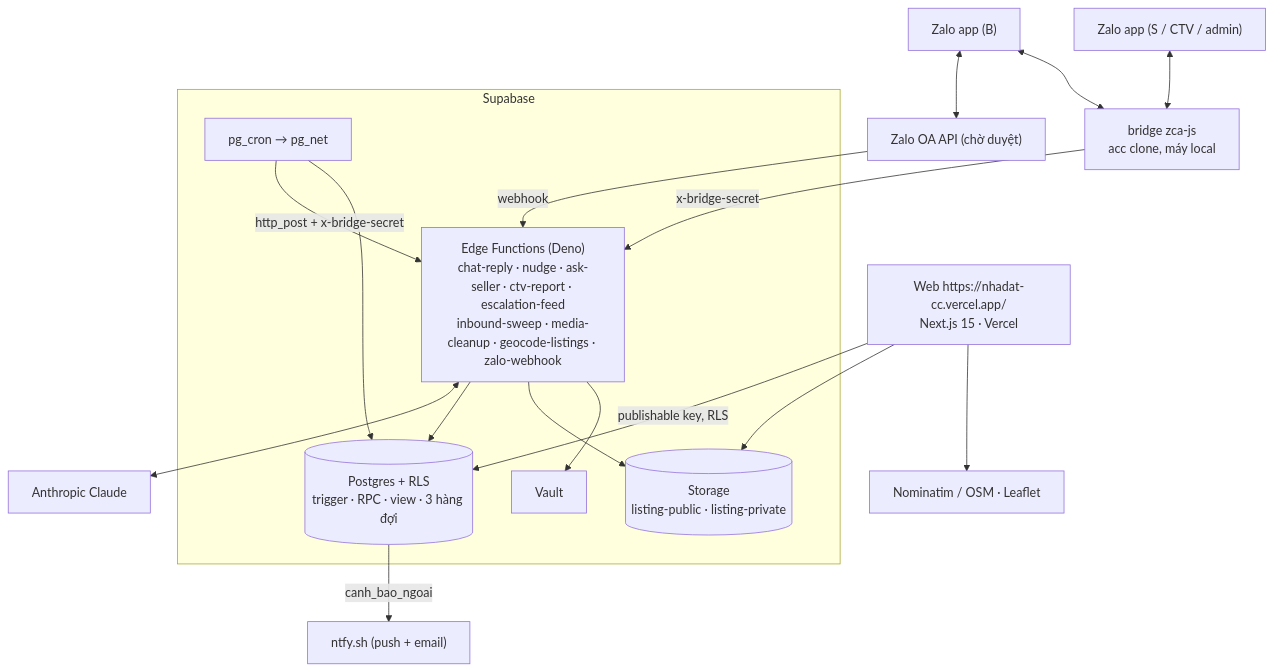
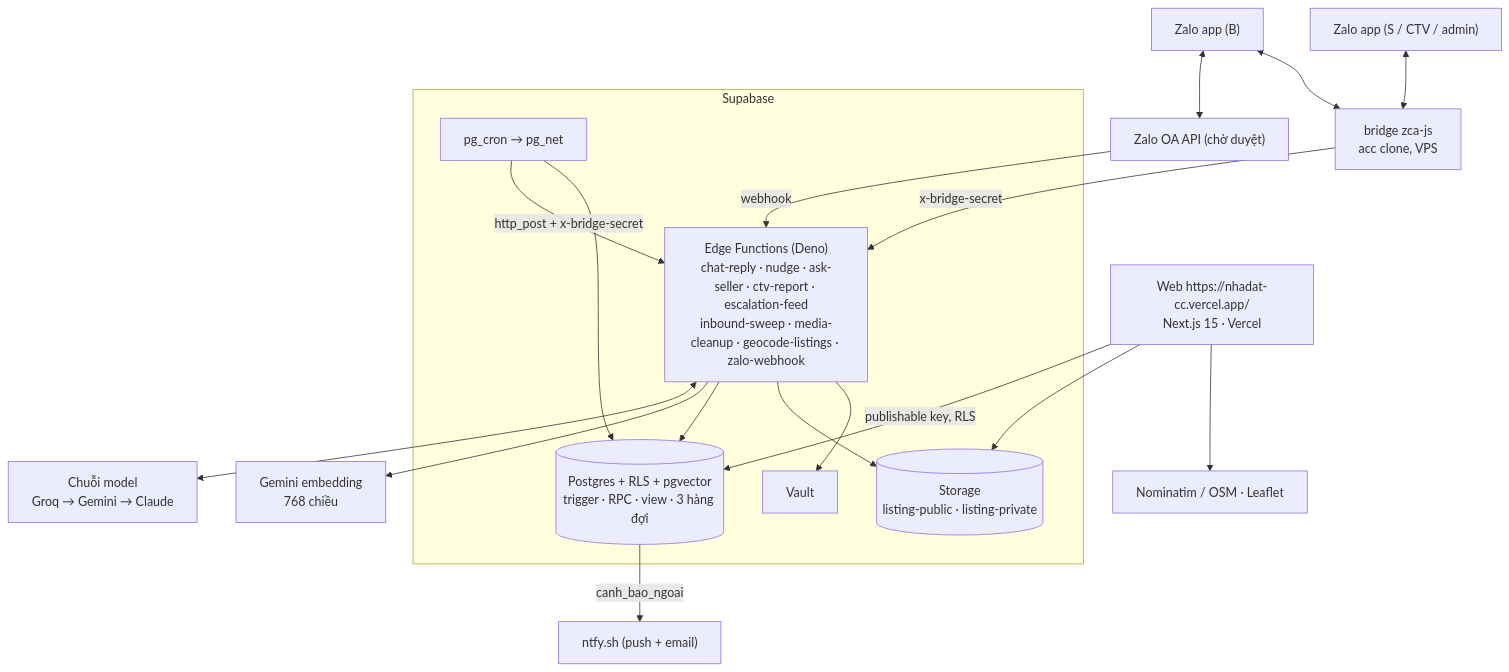
The first of 3 diagrams in docs/07-srs.md (quang507/Nhadat.cc), drawn with Mermaid before and after one commit. The commit also changed other lines of this file, not shown here.

````diff
--- a/docs/07-srs.md
+++ b/docs/07-srs.md
@@ -36,33 +36,35 @@
 ```mermaid
 flowchart TB
     W["Web https://nhadat-cc.vercel.app/<br/>Next.js 15 · Vercel"]
     ZB["Zalo app (B)"]
     ZS["Zalo app (S / CTV / admin)"]
     OA["Zalo OA API (chờ duyệt)"]
-    BR["bridge zca-js<br/>acc clone, máy local"]
+    BR["bridge zca-js<br/>acc clone, VPS"]
     subgraph Supabase
         EF["Edge Functions (Deno)<br/>chat-reply · nudge · ask-seller · ctv-report · escalation-feed<br/>inbound-sweep · media-cleanup · geocode-listings · zalo-webhook"]
-        DB[("Postgres + RLS<br/>trigger · RPC · view · 3 hàng đợi")]
+        DB[("Postgres + RLS + pgvector<br/>trigger · RPC · view · 3 hàng đợi")]
         CRON["pg_cron → pg_net"]
         ST[("Storage<br/>listing-public · listing-private")]
         VA["Vault"]
     end
-    AI["Anthropic Claude"]
+    AI["Chuỗi model<br/>Groq → Gemini → Claude"]
+    EMB["Gemini embedding<br/>768 chiều"]
     NTFY["ntfy.sh (push + email)"]
     OSM["Nominatim / OSM · Leaflet"]
     W -->|publishable key, RLS| DB
     W --> ST
     W --> OSM
     ZB <--> OA
     ZB <--> BR
     ZS <--> BR
     OA -->|webhook| EF
     BR -->|x-bridge-secret| EF
     EF <--> AI
+    EF --> EMB
     EF --> DB
     EF --> ST
     EF --> VA
     CRON -->|http_post + x-bridge-secret| EF
     CRON --> DB
     DB -->|canh_bao_ngoai| NTFY
 ```
````
